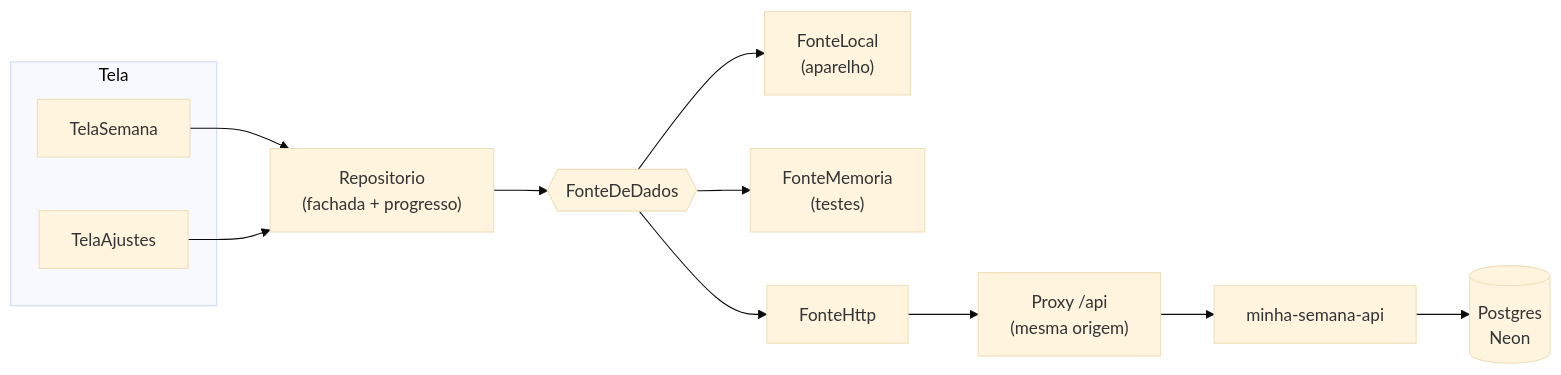
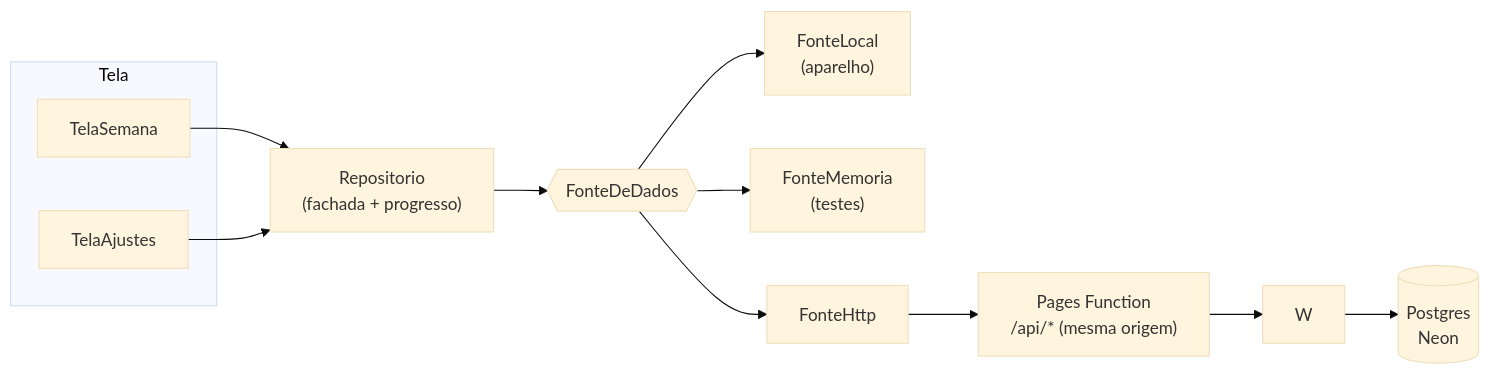
One commit to duduyamauchi/minha-semana changed the diagram in docs/ARQUITETURA.md. Above: the diagram before and after it, drawn with Mermaid (base theme). The commit also changed other lines of this file and 26 other files, not shown here.

````diff
--- a/docs/ARQUITETURA.md
+++ b/docs/ARQUITETURA.md
@@ -18,25 +18,24 @@
 ```mermaid
 flowchart LR
   subgraph Tela
     S["TelaSemana"]
     A["TelaAjustes"]
   end
   R["Repositorio<br/>(fachada + progresso)"]
   F{{"FonteDeDados"}}
   L["FonteLocal<br/>(aparelho)"]
   M["FonteMemoria<br/>(testes)"]
   H["FonteHttp"]
-  P["Proxy /api<br/>(mesma origem)"]
-  W["minha-semana-api"]
+  P["Pages Function<br/>/api/* (mesma origem)"]
   N[("Postgres<br/>Neon")]
 
   S --> R
   A --> R
   R --> F
   F --> L
   F --> M
   F --> H
   H --> P
   P --> W
   W --> N
 ```
````
